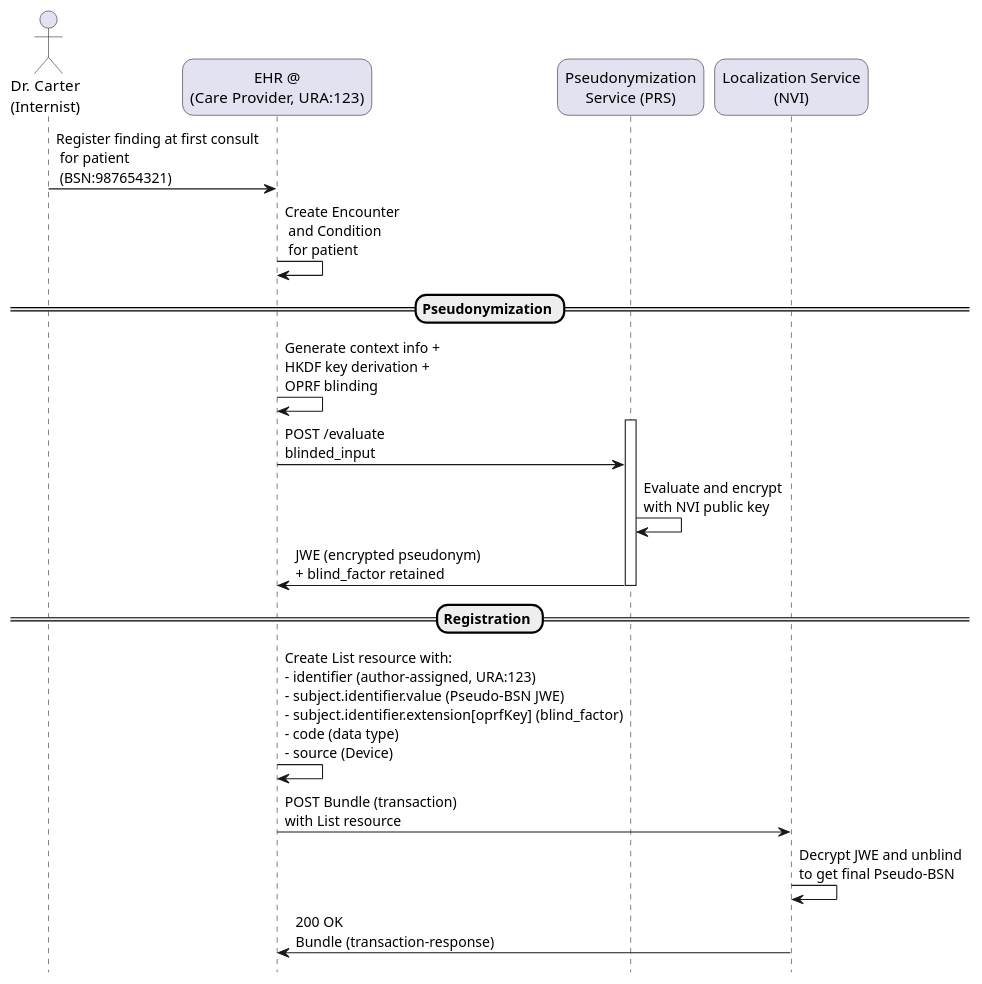
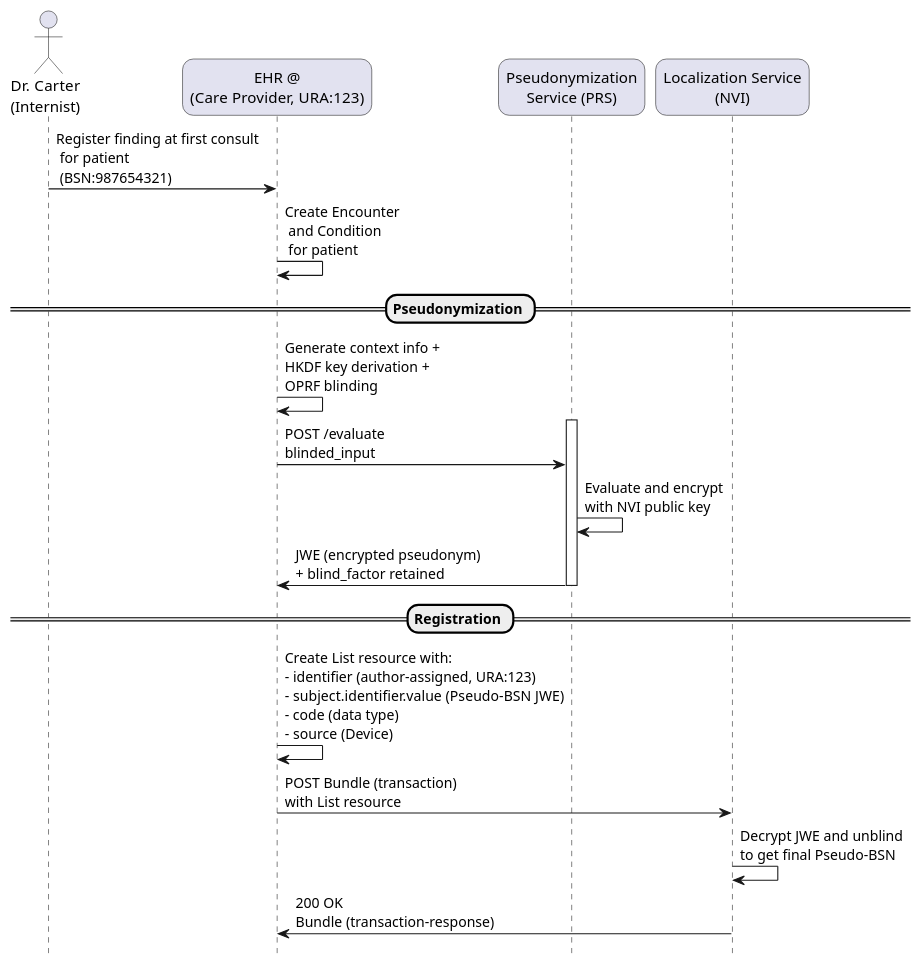
The diagram in input/images-source/localization-internist-registration.plantuml (minvws/generiekefuncties-docs), drawn with PlantUML before and after one commit. The commit also changed 6 other files, not shown here.

```diff
--- a/input/images-source/localization-internist-registration.plantuml
+++ b/input/images-source/localization-internist-registration.plantuml
@@ -1,39 +1,39 @@
 @startuml localization-internist-registration
 
 skinparam roundcorner 20
 skinparam defaultFontName Arial 
 hide footbox
 
 !pragma teoz true
 
 actor "Dr. Carter\n(Internist)" as doctor
 participant "EHR @\n(Care Provider, URA:123)" as ehr
 participant "Pseudonymization\nService (PRS)" as prs
 participant "Localization Service\n(NVI)" as nvi
 
 doctor -> ehr: Register finding at first consult\n for patient\n (BSN:987654321)
 ehr -> ehr: Create Encounter\n and Condition\n for patient
 
 == Pseudonymization ==
 
 ehr -> ehr: Generate context info +\nHKDF key derivation +\nOPRF blinding
 
 activate prs
 ehr -> prs: POST /evaluate\nblinded_input
 
 prs -> prs: Evaluate and encrypt\nwith NVI public key
 
 prs -> ehr: JWE (encrypted pseudonym)\n+ blind_factor retained
 deactivate prs
 
 == Registration ==
 
-ehr -> ehr: Create List resource with:\n- identifier (author-assigned, URA:123)\n- subject.identifier.value (Pseudo-BSN JWE)\n- subject.identifier.extension[oprfKey] (blind_factor)\n- code (data type)\n- source (Device)
+ehr -> ehr: Create List resource with:\n- identifier (author-assigned, URA:123)\n- subject.identifier.value (Pseudo-BSN JWE)\n- code (data type)\n- source (Device)
 
 ehr -> nvi: POST Bundle (transaction)\nwith List resource
 
 nvi -> nvi: Decrypt JWE and unblind\nto get final Pseudo-BSN
 
 nvi -> ehr: 200 OK\nBundle (transaction-response)
 
 @enduml
```
